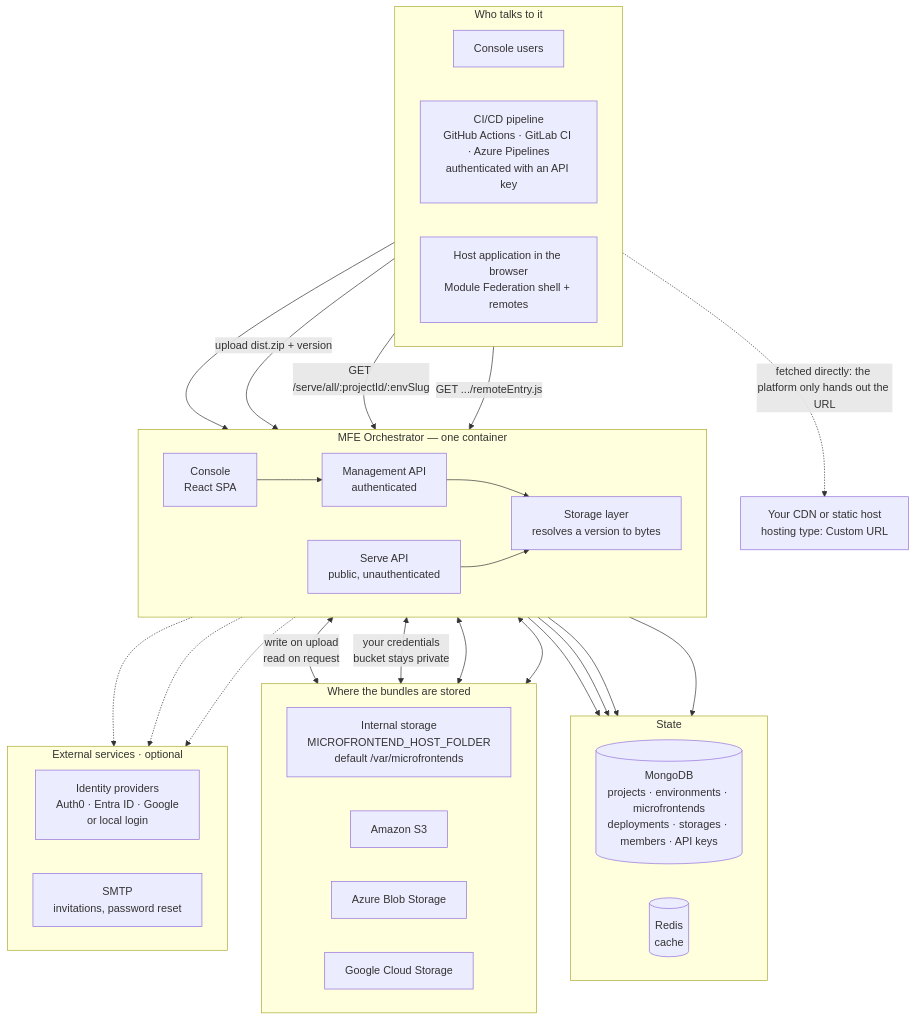
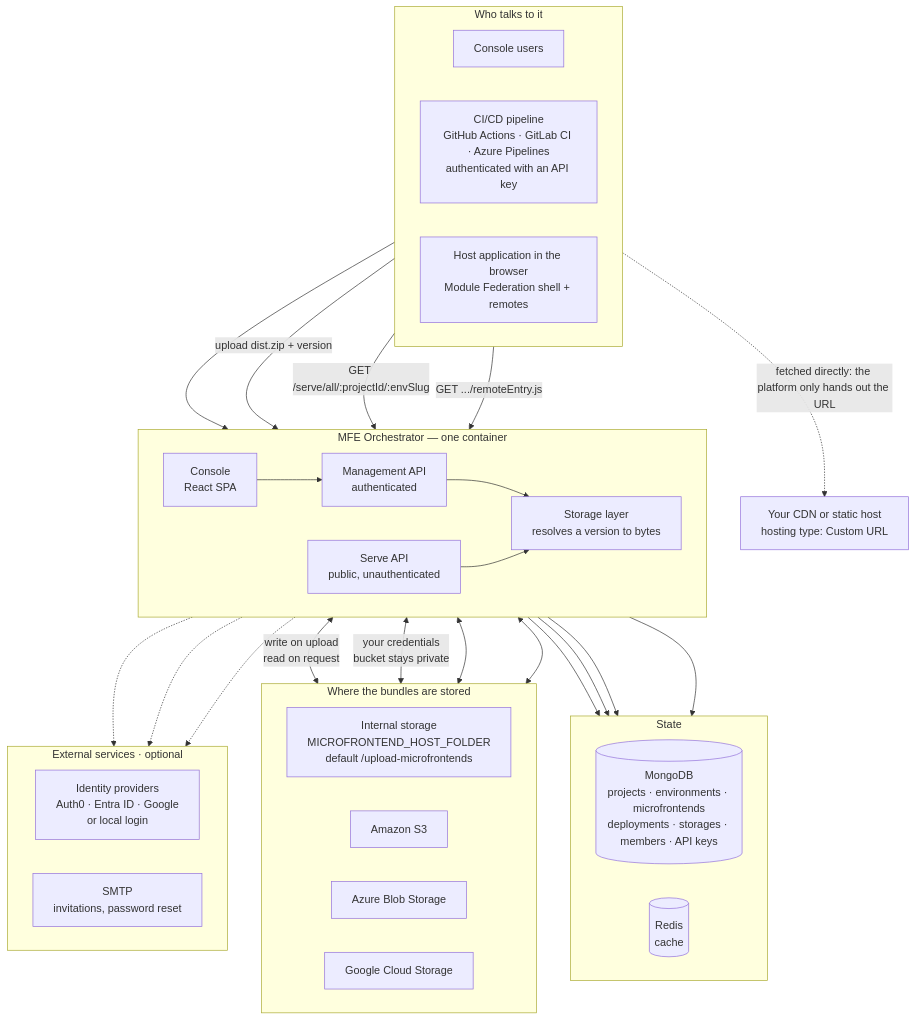
The first of 4 diagrams in docs/architecture.md (mfe-orchestrator/documentation), drawn with Mermaid before and after one commit. The commit also changed 19 other files, not shown here.

````diff
--- a/docs/architecture.md
+++ b/docs/architecture.md
@@ -25,63 +25,63 @@
 ```mermaid
 flowchart TB
     subgraph clients["Who talks to it"]
         direction LR
         people["Console users"]
         ci["CI/CD pipeline<br/>GitHub Actions · GitLab CI · Azure Pipelines<br/>authenticated with an API key"]
         browser["Host application in the browser<br/>Module Federation shell + remotes"]
     end
 
     subgraph orch["MFE Orchestrator — one container"]
         direction LR
         console["Console<br/>React SPA"]
         mgmt["Management API<br/>authenticated"]
         serve["Serve API<br/>public, unauthenticated"]
         storage["Storage layer<br/>resolves a version to bytes"]
     end
 
     subgraph state["State"]
         direction LR
         mongo[("MongoDB<br/>projects · environments · microfrontends<br/>deployments · storages · members · API keys")]
         redis[("Redis<br/>cache")]
     end
 
     subgraph artifacts["Where the bundles are stored"]
         direction LR
-        internal["Internal storage<br/>MICROFRONTEND_HOST_FOLDER<br/>default /var/microfrontends"]
+        internal["Internal storage<br/>MICROFRONTEND_HOST_FOLDER<br/>default /upload-microfrontends"]
         s3["Amazon S3"]
         blob["Azure Blob Storage"]
         gcs["Google Cloud Storage"]
     end
 
     subgraph optional["External services · optional"]
         direction LR
         idp["Identity providers<br/>Auth0 · Entra ID · Google<br/>or local login"]
         smtp["SMTP<br/>invitations, password reset"]
     end
 
     ext["Your CDN or static host<br/>hosting type: Custom URL"]
 
     people --> console
     console --> mgmt
     ci -->|"upload dist.zip + version"| mgmt
     browser -->|"GET /serve/all/:projectId/:envSlug"| serve
     browser -->|"GET .../remoteEntry.js"| serve
 
     mgmt --> storage
     serve --> storage
     mgmt --> mongo
     mgmt --> redis
     serve --> mongo
     serve --> redis
 
     console -.-> idp
     mgmt -.-> idp
     mgmt -.-> smtp
 
     storage <-->|"write on upload<br/>read on request"| internal
     storage <-->|"your credentials<br/>bucket stays private"| s3
     storage <--> blob
     storage <--> gcs
 
     browser -.->|"fetched directly: the platform only hands out the URL"| ext
 ```
````
